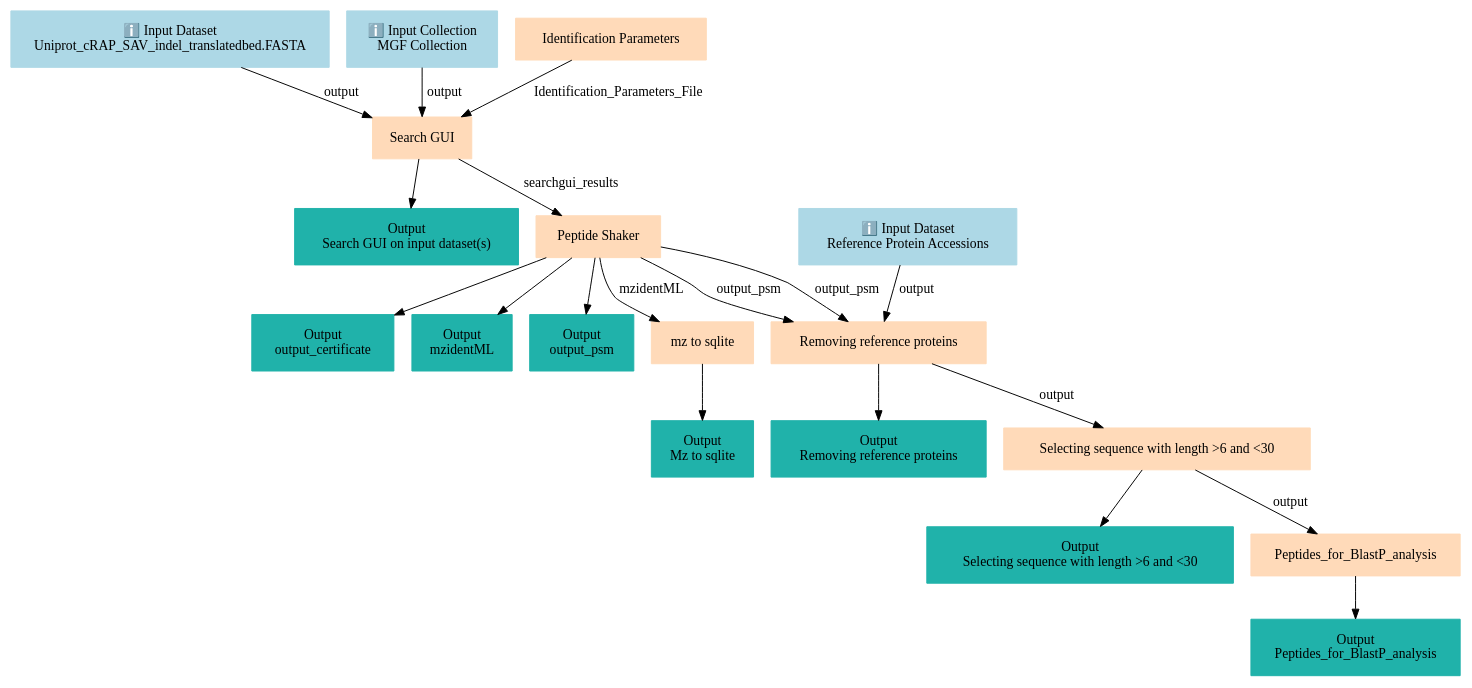
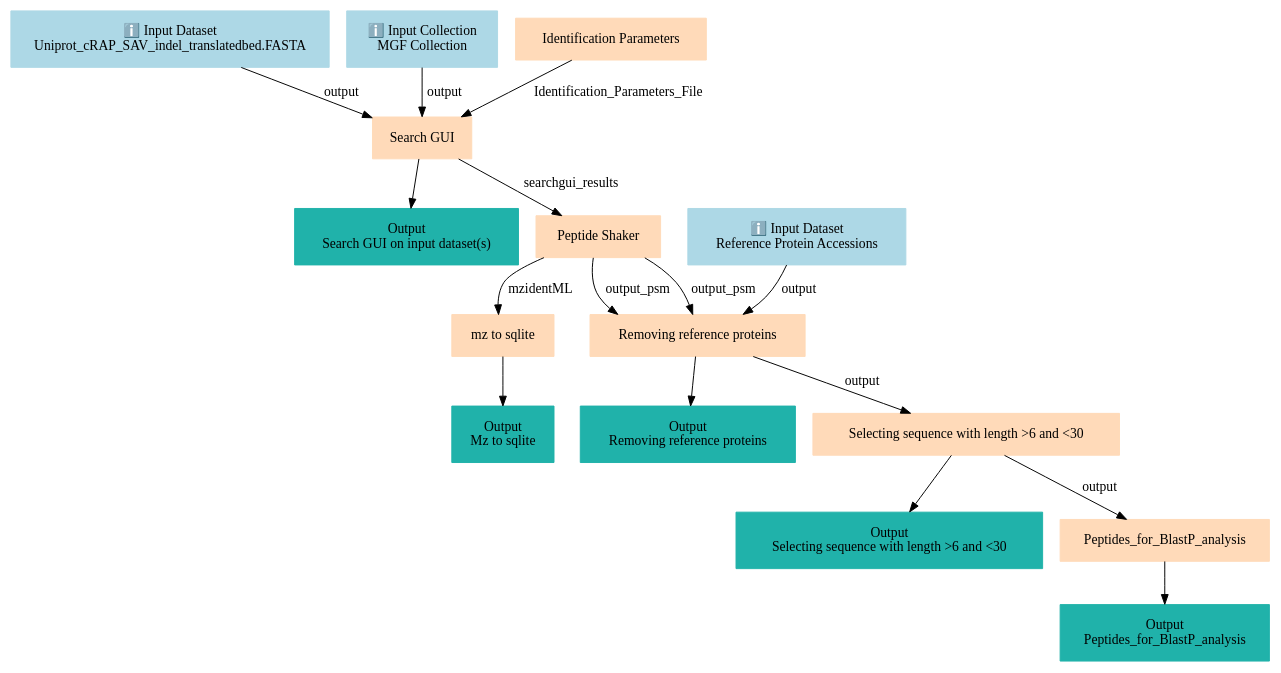
Before and after one commit to galaxyproject/training-material: the diagram in api/workflows/proteomics/proteogenomics-dbsearch/galaxy-workflow-mouse-rnaseq-dbsearch/graph.dot, drawn with Graphviz. The commit also changed 10510 other files, not shown here.

```diff
--- a/api/workflows/proteomics/proteogenomics-dbsearch/galaxy-workflow-mouse-rnaseq-dbsearch/graph.dot
+++ b/api/workflows/proteomics/proteogenomics-dbsearch/galaxy-workflow-mouse-rnaseq-dbsearch/graph.dot
@@ -1,40 +1,34 @@
 digraph main {
   node [fontname="Atkinson Hyperlegible", shape=box, color=white,style=filled,color=peachpuff,margin="0.2,0.2"];
   edge [fontname="Atkinson Hyperlegible"];
   0[color=lightblue,label="ℹ️ Input Dataset\nUniprot_cRAP_SAV_indel_translatedbed.FASTA"]
   1[color=lightblue,label="ℹ️ Input Collection\nMGF Collection"]
   2[color=lightblue,label="ℹ️ Input Dataset\nReference Protein Accessions"]
   3[label="Identification Parameters"]
   4[label="Search GUI"]
   0 -> 4 [label="output"]
   3 -> 4 [label="Identification_Parameters_File"]
   1 -> 4 [label="output"]
   k1e6409c7560643999e7c7d314f62faa7[color=lightseagreen,label="Output\nSearch GUI on input dataset(s)"]
   4 -> k1e6409c7560643999e7c7d314f62faa7
   5[label="Peptide Shaker"]
   4 -> 5 [label="searchgui_results"]
-  ka9c129c129e444dc92ba46dcbf621a69[color=lightseagreen,label="Output\noutput_certificate"]
-  5 -> ka9c129c129e444dc92ba46dcbf621a69
-  k6ed855172c684c998b91545d210ff76d[color=lightseagreen,label="Output\nmzidentML"]
-  5 -> k6ed855172c684c998b91545d210ff76d
-  k31acbe567d854979936a737987acead7[color=lightseagreen,label="Output\noutput_psm"]
-  5 -> k31acbe567d854979936a737987acead7
   6[label="mz to sqlite"]
   5 -> 6 [label="mzidentML"]
   kc4df335c977b4c0792f55edb42ddeee9[color=lightseagreen,label="Output\nMz to sqlite"]
   6 -> kc4df335c977b4c0792f55edb42ddeee9
   7[label="Removing reference proteins"]
   5 -> 7 [label="output_psm"]
   5 -> 7 [label="output_psm"]
   2 -> 7 [label="output"]
   k6ab25e80380542c38895550e278b2a3a[color=lightseagreen,label="Output\nRemoving reference proteins"]
   7 -> k6ab25e80380542c38895550e278b2a3a
   8[label="Selecting sequence with length >6 and <30"]
   7 -> 8 [label="output"]
   kbabe6986f3d0468793a1d28fbaea1efa[color=lightseagreen,label="Output\nSelecting sequence with length >6 and <30"]
   8 -> kbabe6986f3d0468793a1d28fbaea1efa
   9[label="Peptides_for_BlastP_analysis"]
   8 -> 9 [label="output"]
   kd01167efd3f14dfd89df29a9c1e9acb8[color=lightseagreen,label="Output\nPeptides_for_BlastP_analysis"]
   9 -> kd01167efd3f14dfd89df29a9c1e9acb8
 }
```
